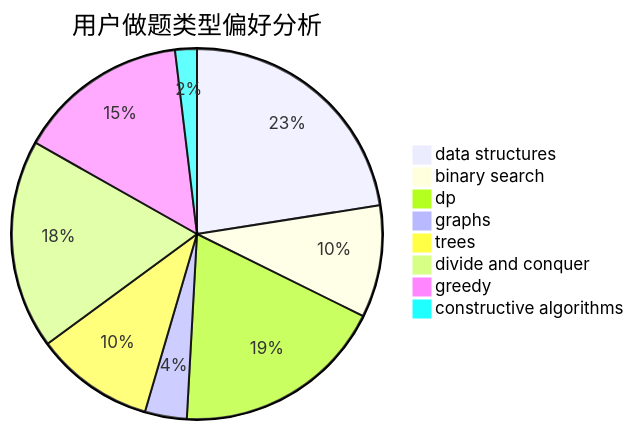
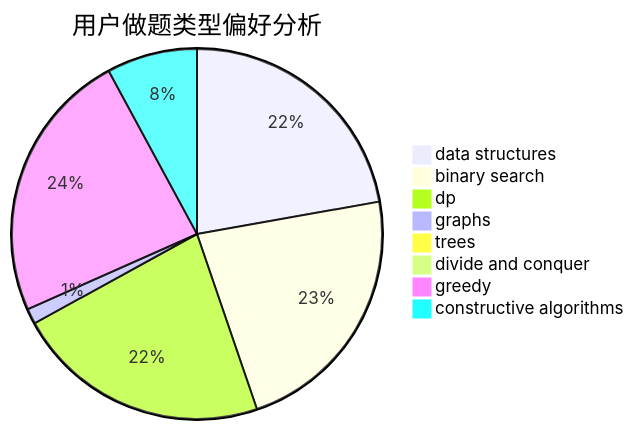
Before and after one commit to sherpahu/cfrs.github.io: the second of 3 diagrams in docs/user/u1755.md, drawn with Mermaid. The commit also changed other lines of this file and 2770 other files, not shown here.

````diff
--- a/docs/user/u1755.md
+++ b/docs/user/u1755.md
@@ -23,11 +23,11 @@
 ```mermaid
 pie title 用户做题类型偏好分析
-    "data structures" :  154
-    "binary search" :  67
-    "dp" :  127
-    "graphs" :  25
-    "trees" :  71
-    "divide and conquer" :  125
-    "greedy" :  102
-    "constructive algorithms" :  13
+    "data structures" :  444
+    "binary search" :  451
+    "dp" :  445
+    "graphs" :  27
+    "trees" :  3
+    "divide and conquer" :  0
+    "greedy" :  475
+    "constructive algorithms" :  158
 ```
````
